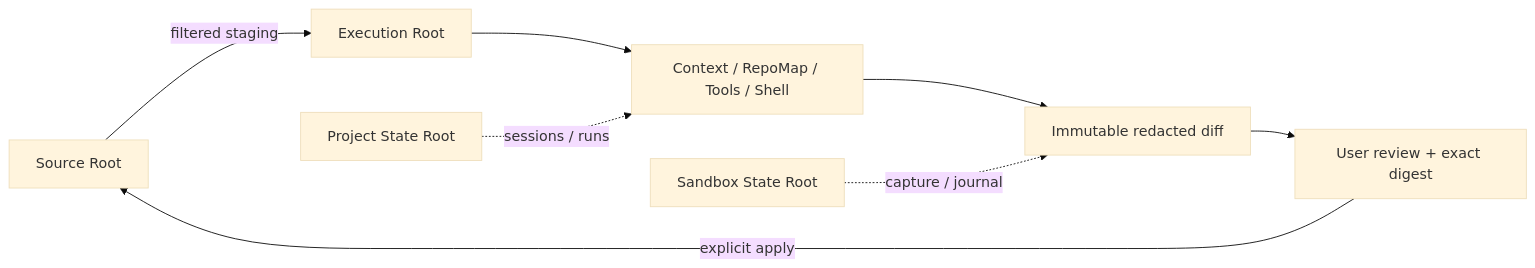
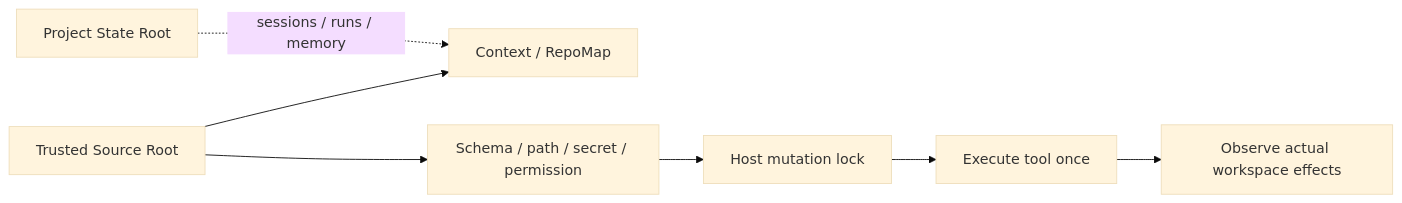
Before and after one commit to xiawiie/pony-code: the fourth of 5 diagrams in docs/architecture.md, drawn with Mermaid (base theme). The commit also changed other lines of this file and 78 other files, not shown here.

Commit message:
Simplify host execution and retire sandbox runtime

````diff
--- a/docs/architecture.md
+++ b/docs/architecture.md
@@ -224,10 +225,9 @@
 ```mermaid
 flowchart LR
-    SRC["Source Root"] -->|filtered staging| EXE["Execution Root"]
-    EXE --> CTX["Context / RepoMap / Tools / Shell"]
-    CTX --> DIFF["Immutable redacted diff"]
-    DIFF --> REVIEW["User review + exact digest"]
-    REVIEW -->|explicit apply| SRC
-    PST["Project State Root"] -. sessions / runs .-> CTX
-    SST["Sandbox State Root"] -. capture / journal .-> DIFF
+    SRC["Trusted Source Root"] --> CTX["Context / RepoMap"]
+    SRC --> V["Schema / path / secret / permission"]
+    V --> L["Host mutation lock"]
+    L --> TOOL["Execute tool once"]
+    TOOL --> OBS["Observe actual workspace effects"]
+    PST["Project State Root"] -. sessions / runs / memory .-> CTX
 ```
````
